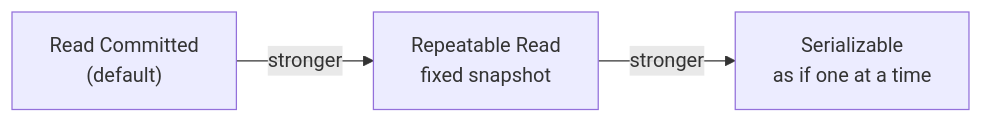
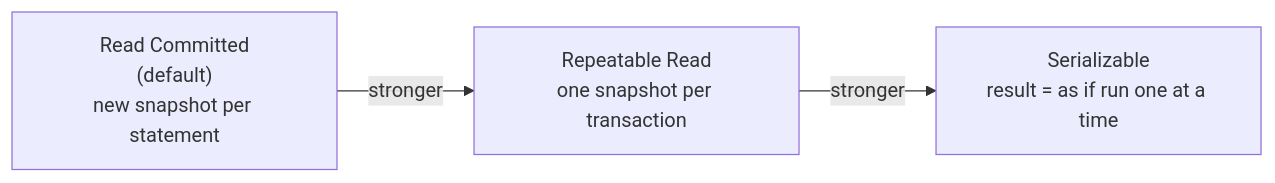
The first of 5 diagrams in Doc/06-transactions-mvcc/02-isolation-levels.md (wesamkhateeb98-creator/postgresql-zero-to-hero), drawn with Mermaid before and after one commit. The commit also changed other lines of this file and 29 other files, not shown here.

````diff
--- a/Doc/06-transactions-mvcc/02-isolation-levels.md
+++ b/Doc/06-transactions-mvcc/02-isolation-levels.md
@@ -5,4 +5,4 @@
 ```mermaid
 flowchart LR
-    RC["Read Committed<br/>(default)"] -->|"stronger"| RR["Repeatable Read<br/>fixed snapshot"] -->|"stronger"| S["Serializable<br/>as if one at a time"]
+    RC["Read Committed<br/>(default)<br/>new snapshot per statement"] -->|"stronger"| RR["Repeatable Read<br/>one snapshot per transaction"] -->|"stronger"| S["Serializable<br/>result = as if run one at a time"]
 ```
````
